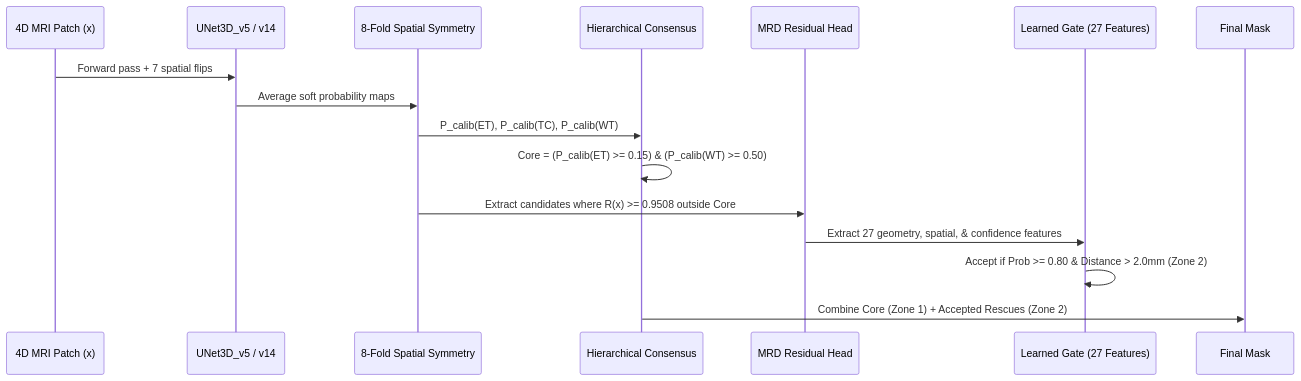
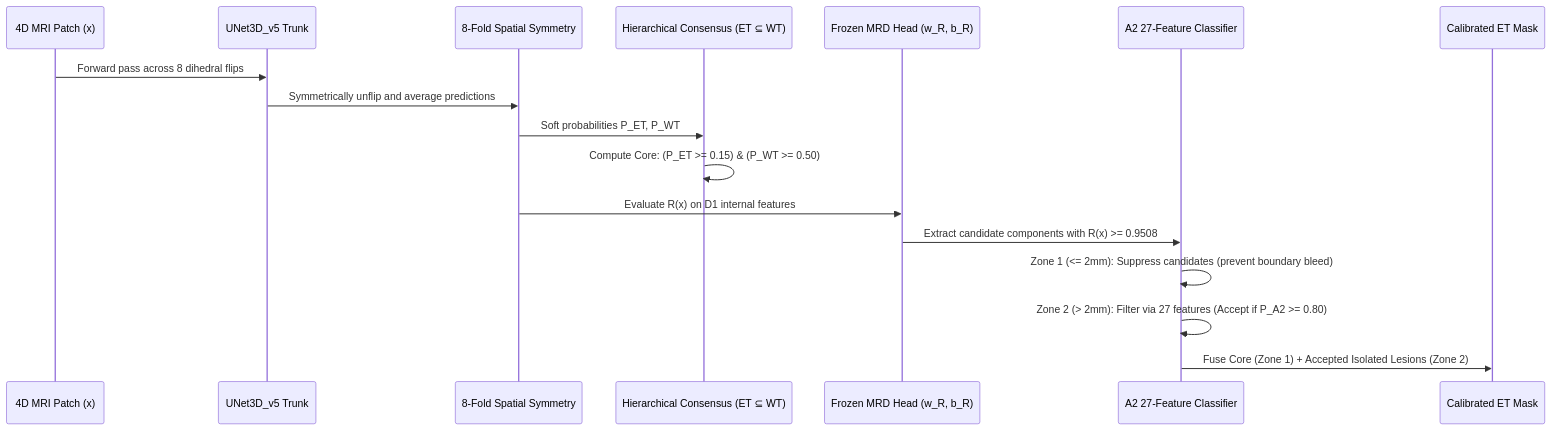
One commit to redwolf261/Neuroscan changed the third of 3 diagrams in docs/MODEL_ARCHITECTURE.md. Above: the diagram before and after it, drawn with Mermaid. The commit also changed other lines of this file and 68 other files, not shown here.

````diff
--- a/docs/MODEL_ARCHITECTURE.md
+++ b/docs/MODEL_ARCHITECTURE.md
@@ -185,19 +202,20 @@
 ```mermaid
 sequenceDiagram
     participant Input as 4D MRI Patch (x)
-    participant Model as UNet3D_v5 / v14
+    participant Trunk as UNet3D_v5 Trunk
     participant TTA as 8-Fold Spatial Symmetry
-    participant Hier as Hierarchical Consensus
-    participant MRD as MRD Residual Head
-    participant Gate as Learned Gate (27 Features)
-    participant Out as Final Mask
+    participant Hier as Hierarchical Consensus (ET ⊆ WT)
+    participant Res as Frozen MRD Head (w_R, b_R)
+    participant Gate as A2 27-Feature Classifier
+    participant Out as Calibrated ET Mask
 
-    Input->>Model: Forward pass + 7 spatial flips
-    Model->>TTA: Average soft probability maps
-    TTA->>Hier: P_calib(ET), P_calib(TC), P_calib(WT)
-    Hier->>Hier: Core = (P_calib(ET) >= 0.15) & (P_calib(WT) >= 0.50)
-    TTA->>MRD: Extract candidates where R(x) >= 0.9508 outside Core
-    MRD->>Gate: Extract 27 geometry, spatial, & confidence features
-    Gate->>Gate: Accept if Prob >= 0.80 & Distance > 2.0mm (Zone 2)
-    Hier->>Out: Combine Core (Zone 1) + Accepted Rescues (Zone 2)
+    Input->>Trunk: Forward pass across 8 dihedral flips
+    Trunk->>TTA: Symmetrically unflip and average predictions
+    TTA->>Hier: Soft probabilities P_ET, P_WT
+    Hier->>Hier: Compute Core: (P_ET >= 0.15) & (P_WT >= 0.50)
+    TTA->>Res: Evaluate R(x) on D1 internal features
+    Res->>Gate: Extract candidate components with R(x) >= 0.9508
+    Gate->>Gate: Zone 1 (<= 2mm): Suppress candidates (prevent boundary bleed)
+    Gate->>Gate: Zone 2 (> 2mm): Filter via 27 features (Accept if P_A2 >= 0.80)
+    Gate->>Out: Fuse Core (Zone 1) + Accepted Isolated Lesions (Zone 2)
 ```
````
